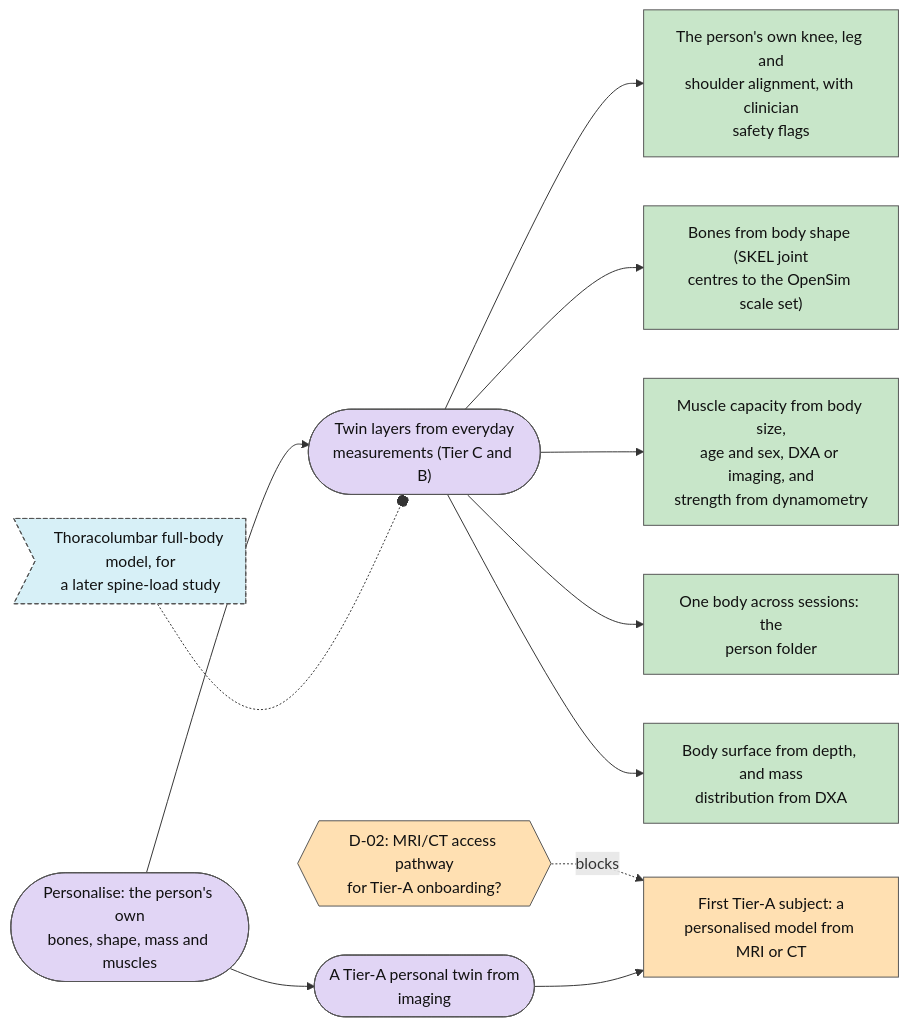
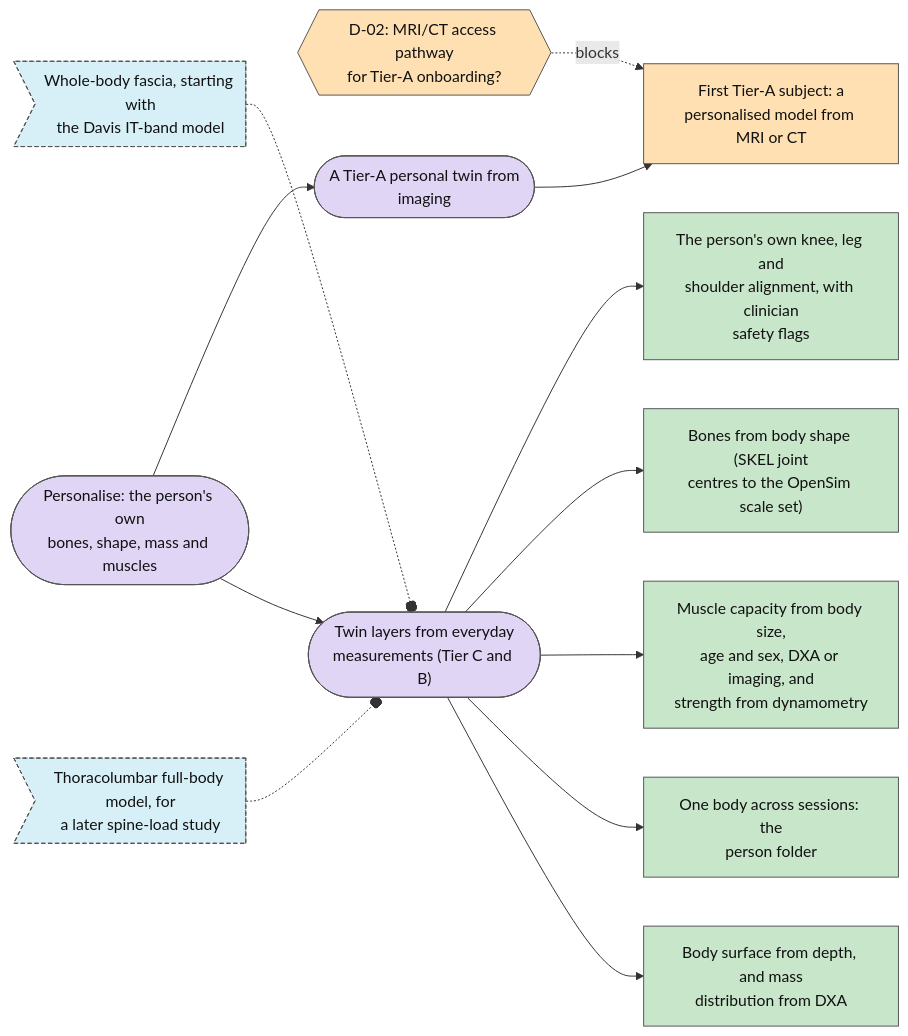
Before and after one commit to Sigurius23/Rehab-agent: the third of 7 diagrams in plan/MAP.md, drawn with Mermaid. The commit also changed other lines of this file and 7 other files, not shown here.

````diff
--- a/plan/MAP.md
+++ b/plan/MAP.md
@@ -116,43 +116,45 @@
 ```mermaid
 flowchart LR
   n0{{"D-02: MRI/CT access pathway<br/>for Tier-A onboarding?"}}:::decision_open
   n1(["A Tier-A personal twin from<br/>imaging"]):::goal_open
   n2(["Twin layers from everyday<br/>measurements (Tier C and B)"]):::goal_open
-  n3>"Thoracolumbar full-body model, for<br/>a later spine-load study"]:::idea_new
-  n4["The person's own knee, leg and<br/>shoulder alignment, with clinician<br/>safety flags"]:::step_done
-  n5["Bones from body shape (SKEL joint<br/>centres to the OpenSim scale set)"]:::step_done
-  n6["Muscle capacity from body size,<br/>age and sex, DXA or imaging, and<br/>strength from dynamometry"]:::step_done
-  n7["One body across sessions: the<br/>person folder"]:::step_done
-  n8["Body surface from depth, and mass<br/>distribution from DXA"]:::step_done
-  n9(["Personalise: the person's own<br/>bones, shape, mass and muscles"]):::goal_open
-  n10["First Tier-A subject: a<br/>personalised model from MRI or CT"]:::step_blocked
-  n0 -. blocks .-> n10
-  n9 --> n1
-  n9 --> n2
+  n3>"Whole-body fascia, starting with<br/>the Davis IT-band model"]:::idea_new
+  n4>"Thoracolumbar full-body model, for<br/>a later spine-load study"]:::idea_new
+  n5["The person's own knee, leg and<br/>shoulder alignment, with clinician<br/>safety flags"]:::step_done
+  n6["Bones from body shape (SKEL joint<br/>centres to the OpenSim scale set)"]:::step_done
+  n7["Muscle capacity from body size,<br/>age and sex, DXA or imaging, and<br/>strength from dynamometry"]:::step_done
+  n8["One body across sessions: the<br/>person folder"]:::step_done
+  n9["Body surface from depth, and mass<br/>distribution from DXA"]:::step_done
+  n10(["Personalise: the person's own<br/>bones, shape, mass and muscles"]):::goal_open
+  n11["First Tier-A subject: a<br/>personalised model from MRI or CT"]:::step_blocked
+  n0 -. blocks .-> n11
+  n10 --> n1
+  n10 --> n2
   n3 -.-o n2
-  n2 --> n4
+  n4 -.-o n2
   n2 --> n5
   n2 --> n6
   n2 --> n7
   n2 --> n8
-  n1 --> n10
+  n2 --> n9
+  n1 --> n11
   classDef goal_open fill:#e1d5f5,stroke:#555,color:#111
   classDef goal_done fill:#c8e6c9,stroke:#555,color:#111
   classDef step_open fill:#ffffff,stroke:#555,color:#111
   classDef step_doing fill:#fff3c4,stroke:#555,color:#111
   classDef step_done fill:#c8e6c9,stroke:#555,color:#111
   classDef step_blocked fill:#ffe0b2,stroke:#555,color:#111
   classDef step_dropped fill:#eeeeee,stroke:#555,color:#111
   classDef test_planned fill:#ffffff,stroke:#555,color:#111
   classDef test_running fill:#fff3c4,stroke:#555,color:#111
   classDef test_passed fill:#c8e6c9,stroke:#555,color:#111
   classDef test_failed fill:#ffcdd2,stroke:#555,color:#111
   classDef test_mixed fill:#fff3c4,stroke:#555,color:#111
   classDef test_dropped fill:#eeeeee,stroke:#555,color:#111
   classDef idea_new fill:#d7f0f7,stroke:#555,color:#111,stroke-dasharray: 4 3
   classDef idea_promoted fill:#eeeeee,stroke:#555,color:#111,stroke-dasharray: 4 3
   classDef idea_dropped fill:#eeeeee,stroke:#555,color:#111,stroke-dasharray: 4 3
   classDef decision_open fill:#ffe0b2,stroke:#555,color:#111
   classDef decision_decided fill:#ffe0b2,stroke:#555,color:#111
   classDef external fill:#f5f5f5,stroke:#aaa,color:#777,stroke-dasharray: 2 2
 ```
````
